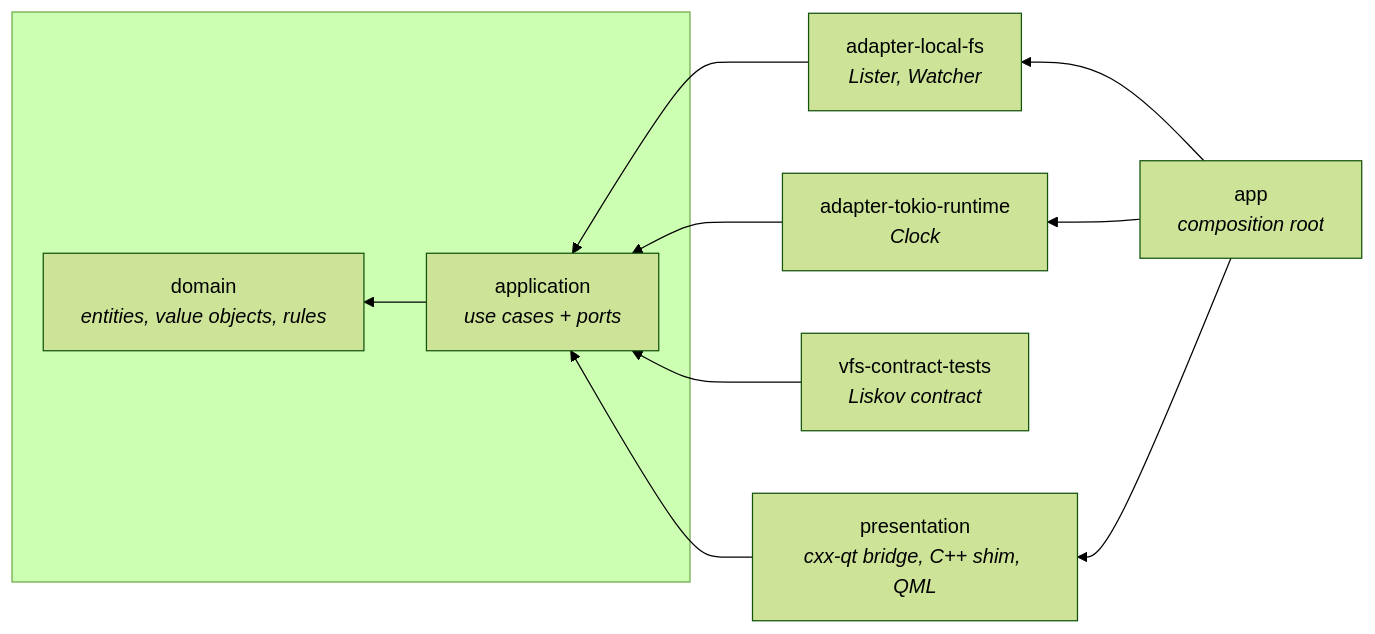
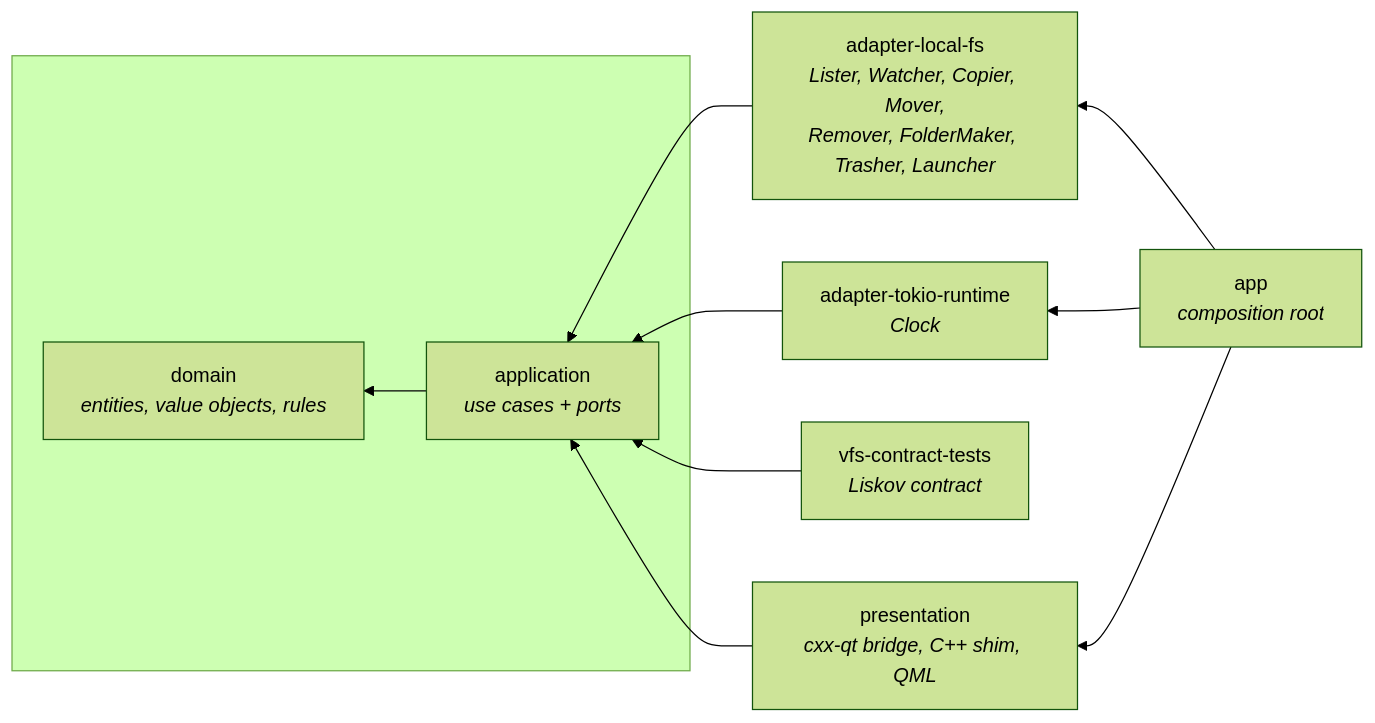
Before and after one commit to gustaavik/findermaxxing: the diagram in docs/architecture.md, drawn with Mermaid (forest theme). The commit also changed other lines of this file and 82 other files, not shown here.

````diff
--- a/docs/architecture.md
+++ b/docs/architecture.md
@@ -5,17 +5,17 @@
 ```mermaid
 flowchart RL
     subgraph core[" "]
         domain["domain<br/><i>entities, value objects, rules</i>"]
         application["application<br/><i>use cases + ports</i>"]
     end
     application --> domain
 
-    local["adapter-local-fs<br/><i>Lister, Watcher</i>"] --> application
+    local["adapter-local-fs<br/><i>Lister, Watcher, Copier, Mover,<br/>Remover, FolderMaker, Trasher, Launcher</i>"] --> application
     tokio_rt["adapter-tokio-runtime<br/><i>Clock</i>"] --> application
     contract["vfs-contract-tests<br/><i>Liskov contract</i>"] --> application
     presentation["presentation<br/><i>cxx-qt bridge, C++ shim, QML</i>"] --> application
 
     app["app<br/><i>composition root</i>"] --> local
     app --> tokio_rt
     app --> presentation
 ```
````
